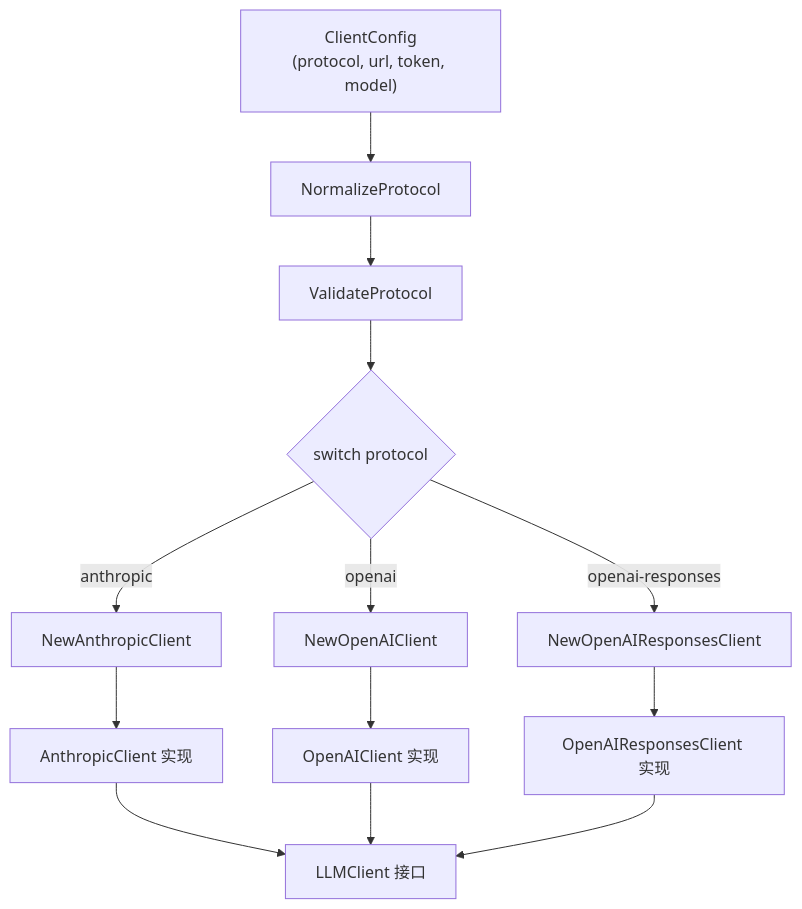
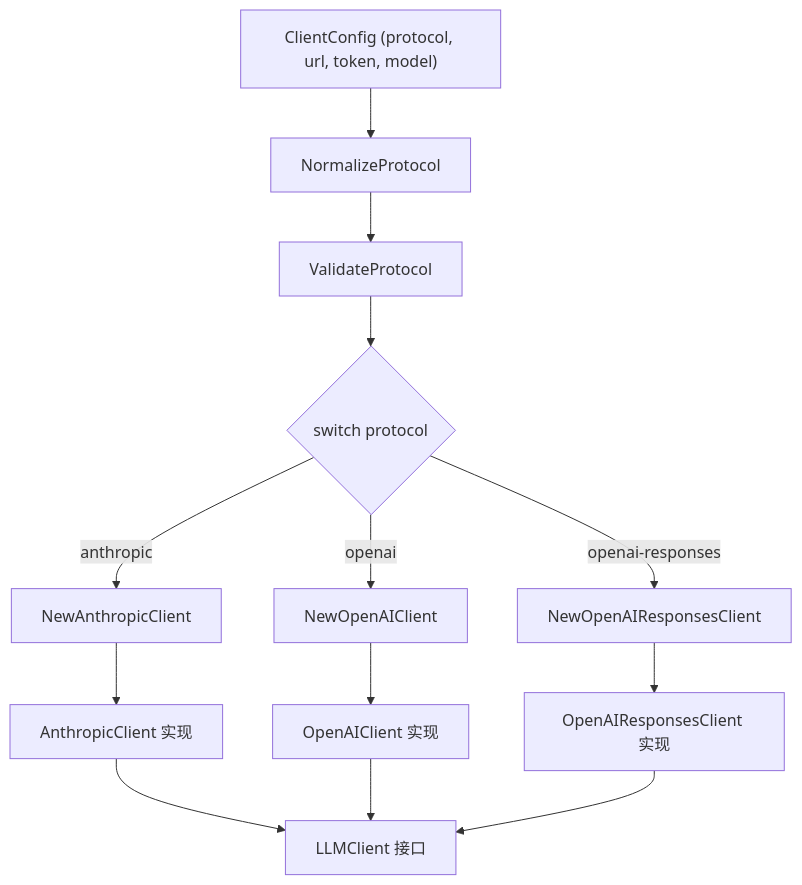
Before and after one commit to awesome-flexloop/awesome-okf: the second of 5 diagrams in doc/bundles/jishu/ai/products/open-code-review/concepts/02-llm-providers.md, drawn with Mermaid. The commit also changed other lines of this file and 10 other files, not shown here.

First line of the commit message:
docs(bundle): 清偿 Open Code Review 存量 Mermaid 违规避免规范漂移累积

````diff
--- a/doc/bundles/jishu/ai/products/open-code-review/concepts/02-llm-providers.md
+++ b/doc/bundles/jishu/ai/products/open-code-review/concepts/02-llm-providers.md
@@ -173,18 +171,15 @@
 ```mermaid
 flowchart TD
-    Cfg["ClientConfig<br/>(protocol, url, token, model)"] --> Normalize["NormalizeProtocol"]
+    Cfg["ClientConfig (protocol, url, token, model)"] --> Normalize["NormalizeProtocol"]
     Normalize --> Validate["ValidateProtocol"]
     Validate --> Switch{"switch protocol"}
-
     Switch -->|"anthropic"| Anthropic["NewAnthropicClient"]
     Switch -->|"openai"| OpenAI["NewOpenAIClient"]
     Switch -->|"openai-responses"| Responses["NewOpenAIResponsesClient"]
-
     Anthropic --> Impl1["AnthropicClient 实现"]
     OpenAI --> Impl2["OpenAIClient 实现"]
     Responses --> Impl3["OpenAIResponsesClient 实现"]
-
     Impl1 --> LLMClient["LLMClient 接口"]
     Impl2 --> LLMClient
     Impl3 --> LLMClient
 ```
````
